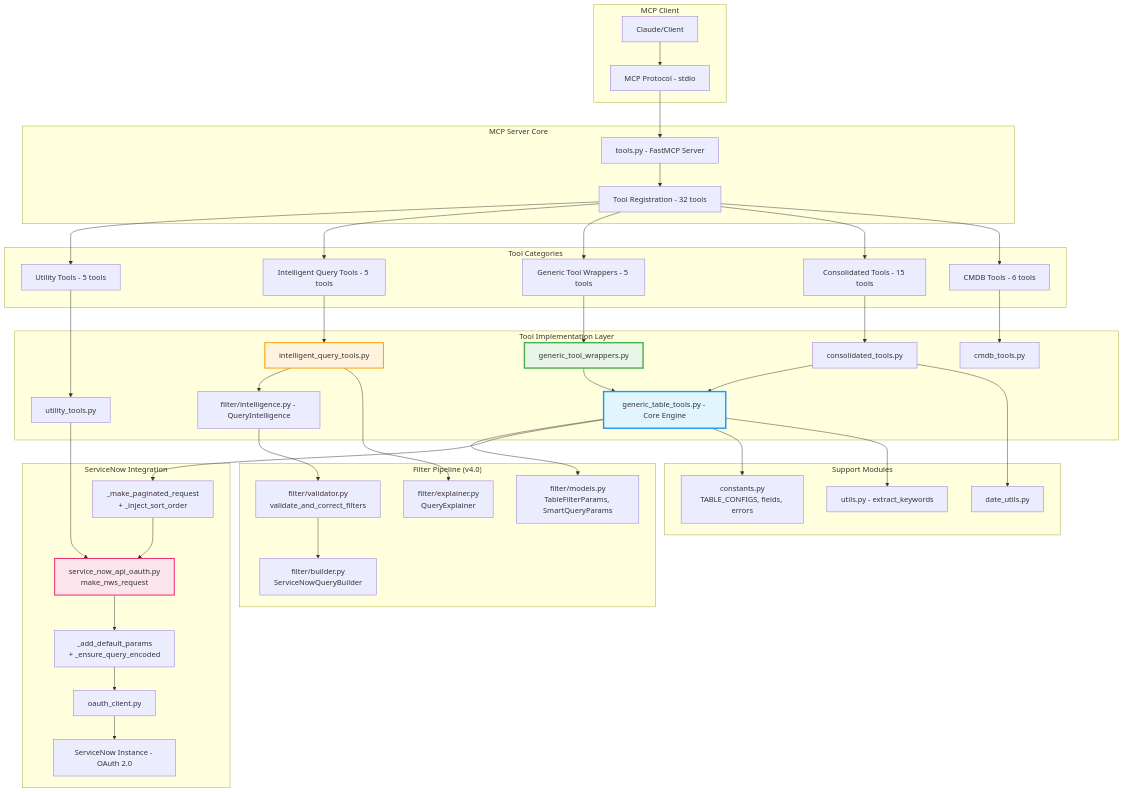
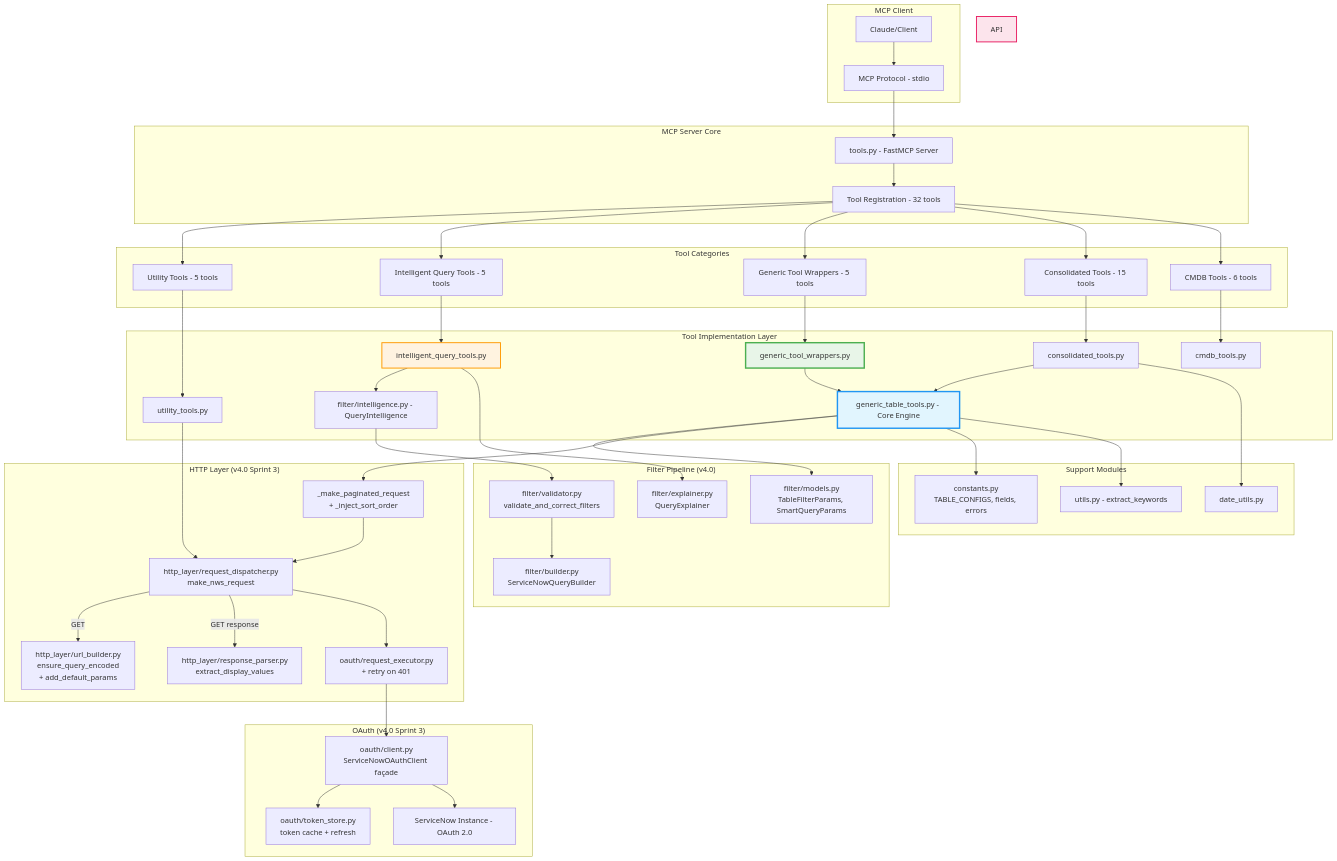
Before and after one commit to Papamzor/personal-mcp-servicenow: the diagram in Diagrams & Documentation/01-architecture-overview.md, drawn with Mermaid. The commit also changed other lines of this file and 1 other file, not shown here.

First line of the commit message:
docs(v4.0): update architecture diagrams for oauth/ + http_layer/ split

````diff
--- a/Diagrams & Documentation/01-architecture-overview.md
+++ b/Diagrams & Documentation/01-architecture-overview.md
@@ -5,58 +5,64 @@
 ```mermaid
 graph TB
     subgraph "MCP Client"
         A[Claude/Client] --> B[MCP Protocol - stdio]
     end
 
     subgraph "MCP Server Core"
         B --> C[tools.py - FastMCP Server]
         C --> D[Tool Registration - 32 tools]
     end
 
     subgraph "Tool Categories"
         D --> E[Utility Tools - 5 tools]
         D --> F[Intelligent Query Tools - 5 tools]
         D --> G[Generic Tool Wrappers - 5 tools]
         D --> H[Consolidated Tools - 15 tools]
         D --> I[CMDB Tools - 6 tools]
     end
 
     subgraph "Tool Implementation Layer"
         E --> L[utility_tools.py]
         F --> AI[intelligent_query_tools.py]
         G --> GW[generic_tool_wrappers.py]
         H --> CT[consolidated_tools.py]
         I --> CMDB[cmdb_tools.py]
 
         AI --> NLP[filter/intelligence.py - QueryIntelligence]
         GW --> GTT[generic_table_tools.py - Core Engine]
         CT --> GTT
     end
 
     subgraph "Filter Pipeline (v4.0)"
         NLP --> FV[filter/validator.py<br/>validate_and_correct_filters]
         FV --> FB[filter/builder.py<br/>ServiceNowQueryBuilder]
         AI --> FEXP[filter/explainer.py<br/>QueryExplainer]
         GTT --> FMOD[filter/models.py<br/>TableFilterParams, SmartQueryParams]
     end
 
-    subgraph "ServiceNow Integration"
+    subgraph "HTTP Layer (v4.0 Sprint 3)"
         GTT --> PAG[_make_paginated_request<br/>+ _inject_sort_order]
-        PAG --> API[service_now_api_oauth.py<br/>make_nws_request]
-        L --> API
-        API --> PERF[_add_default_params<br/>+ _ensure_query_encoded]
-        PERF --> OAUTH[oauth_client.py]
-        OAUTH --> SN[ServiceNow Instance - OAuth 2.0]
+        PAG --> DISP[http_layer/request_dispatcher.py<br/>make_nws_request]
+        L --> DISP
+        DISP -->|GET| URL[http_layer/url_builder.py<br/>ensure_query_encoded<br/>+ add_default_params]
+        DISP -->|GET response| RESP[http_layer/response_parser.py<br/>extract_display_values]
+        DISP --> EXEC[oauth/request_executor.py<br/>+ retry on 401]
+    end
+
+    subgraph "OAuth (v4.0 Sprint 3)"
+        EXEC --> CLI[oauth/client.py<br/>ServiceNowOAuthClient façade]
+        CLI --> TOK[oauth/token_store.py<br/>token cache + refresh]
+        CLI --> SN[ServiceNow Instance - OAuth 2.0]
     end
 
     subgraph "Support Modules"
         GTT --> CONST[constants.py<br/>TABLE_CONFIGS, fields, errors]
         GTT --> UTILS[utils.py - extract_keywords]
         CT --> DATE[date_utils.py]
     end
 
     style GW fill:#e8f5e8,stroke:#4caf50,stroke-width:3px
     style GTT fill:#e1f5fe,stroke:#2196f3,stroke-width:3px
     style AI fill:#fff3e0,stroke:#ff9800,stroke-width:2px
     style API fill:#fce4ec,stroke:#e91e63,stroke-width:2px
 ```
````
